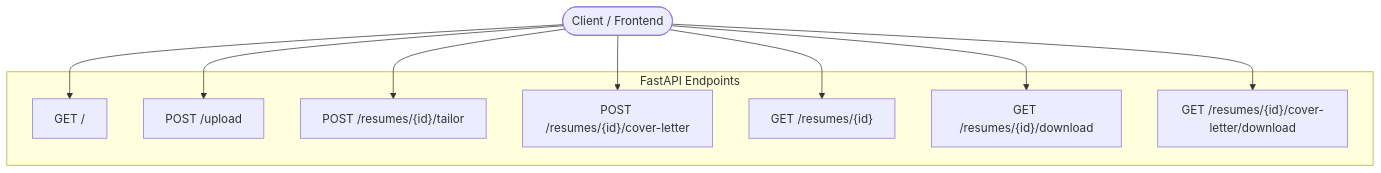
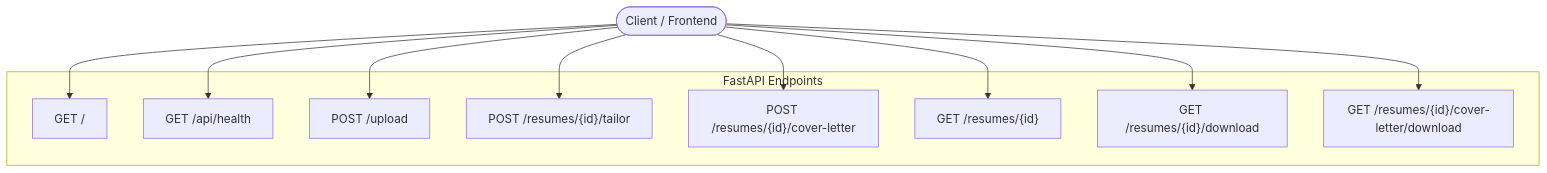
The diagram in docs/API.md (dreww01/resume-maker), drawn with Mermaid before and after one commit. The commit also changed other lines of this file and 4 other files, not shown here.

````diff
--- a/docs/API.md
+++ b/docs/API.md
@@ -15,22 +15,24 @@
 ```mermaid
 flowchart TD
     Client([Client / Frontend])
 
     subgraph API [FastAPI Endpoints]
         Root["GET /"]
+        Health["GET /api/health"]
         Upload["POST /upload"]
         Tailor["POST /resumes/{id}/tailor"]
         CoverLetter["POST /resumes/{id}/cover-letter"]
         Status["GET /resumes/{id}"]
         DownloadResume["GET /resumes/{id}/download"]
         DownloadCoverLetter["GET /resumes/{id}/cover-letter/download"]
     end
 
     Client --> Root
+    Client --> Health
     Client --> Upload
     Client --> Tailor
     Client --> CoverLetter
     Client --> Status
     Client --> DownloadResume
     Client --> DownloadCoverLetter
 ```
````
